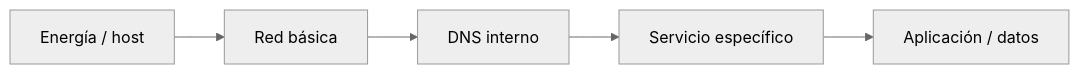
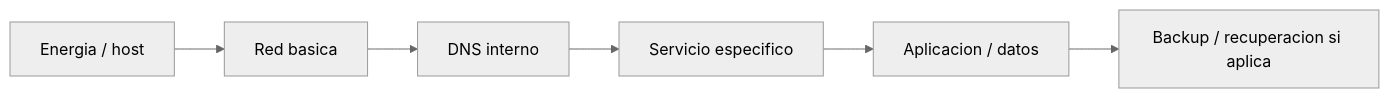
The diagram in docs/es/04-runbook-operativo.md (Nicolasperaltait/homelab), drawn with Mermaid (neutral theme) before and after one commit. The commit also changed other lines of this file and 25 other files, not shown here.

Commit message:
docs: publish sanitized homelab architecture record

````diff
--- a/docs/es/04-runbook-operativo.md
+++ b/docs/es/04-runbook-operativo.md
@@ -18,7 +18,8 @@
 ```mermaid
 flowchart LR
-    A[Energía / host] --> B[Red básica]
+    A[Energia / host] --> B[Red basica]
     B --> C[DNS interno]
-    C --> D[Servicio específico]
-    D --> E[Aplicación / datos]
+    C --> D[Servicio especifico]
+    D --> E[Aplicacion / datos]
+    E --> F[Backup / recuperacion si aplica]
 ```
````
